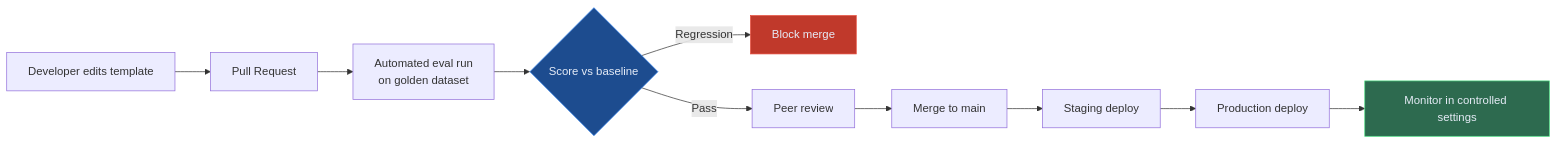
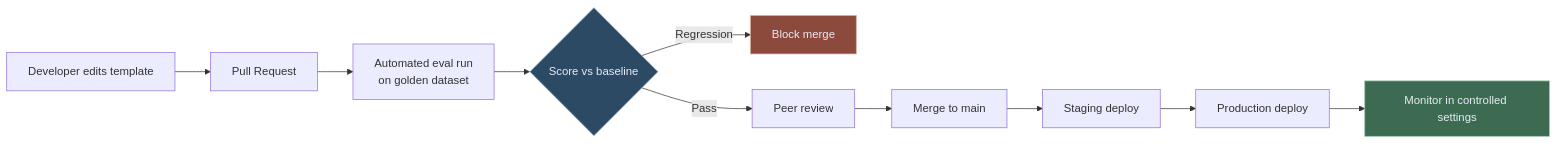
Before and after one commit to lorvexai/lorvexai: the eighth of 8 diagrams in blog/ai-prompt-and-workflow-templates.md, drawn with Mermaid. The commit also changed other lines of this file and 16 other files, not shown here.

First line of the commit message:
Retune hardcoded Mermaid node colors to match the site palette

````diff
--- a/blog/ai-prompt-and-workflow-templates.md
+++ b/blog/ai-prompt-and-workflow-templates.md
@@ -374,16 +374,16 @@
 ```mermaid
 flowchart LR
     DE[Developer edits template] --> PR[Pull Request]
     PR --> EV[Automated eval run\non golden dataset]
     EV --> SC{Score vs baseline}
     SC -->|Regression| BL[Block merge]
     SC -->|Pass| RE[Peer review]
     RE --> ME[Merge to main]
     ME --> ST[Staging deploy]
     ST --> PR2[Production deploy]
     PR2 --> MO[Monitor in controlled settings]
 
-    style SC fill:#1D4C8F,stroke:#2F80ED,color:#E6ECF7
-    style BL fill:#C0392B,stroke:#e74c3c,color:#E6ECF7
-    style MO fill:#2D6A4F,stroke:#4ade80,color:#E6ECF7
+    style SC fill:#2C4A63,stroke:#8FB2CC,color:#E6ECF7
+    style BL fill:#8C4A3D,stroke:#D6A697,color:#E6ECF7
+    style MO fill:#3D6B52,stroke:#95C2A8,color:#E6ECF7
 ```
````
